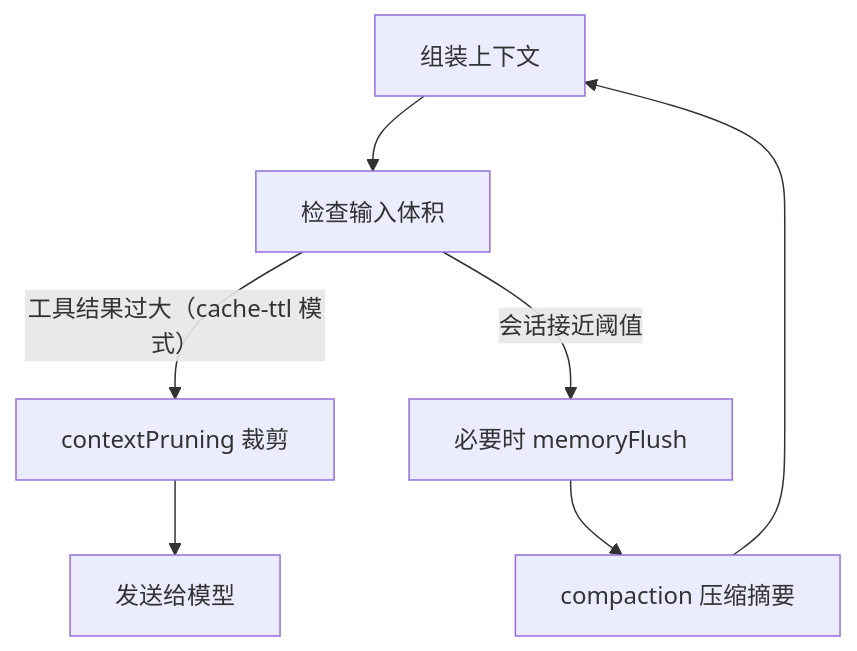
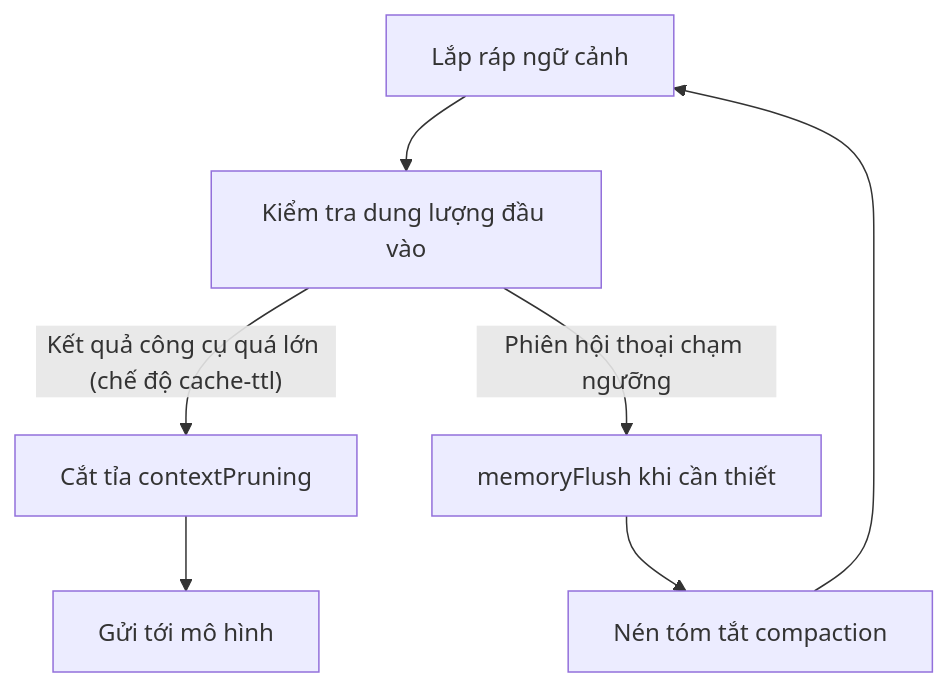
Before and after one commit to dino-edu/openclaw_guide: the diagram in 06_context_memory/6.4_compaction_pruning.md, drawn with Mermaid. The commit also changed other lines of this file and 24 other files, not shown here.

````diff
--- a/06_context_memory/6.4_compaction_pruning.md
+++ b/06_context_memory/6.4_compaction_pruning.md
@@ -25,9 +25,9 @@
 ```mermaid
 flowchart TD
-  A["组装上下文"] --> B["检查输入体积"]
-  B -->|"工具结果过大（cache-ttl 模式）"| C["contextPruning 裁剪"]
-  C --> D["发送给模型"]
-  B -->|"会话接近阈值"| E["必要时 memoryFlush"]
-  E --> F["compaction 压缩摘要"]
+  A["Lắp ráp ngữ cảnh"] --> B["Kiểm tra dung lượng đầu vào"]
+  B -->|"Kết quả công cụ quá lớn (chế độ cache-ttl)"| C["Cắt tỉa contextPruning"]
+  C --> D["Gửi tới mô hình"]
+  B -->|"Phiên hội thoại chạm ngưỡng"| E["memoryFlush khi cần thiết"]
+  E --> F["Nén tóm tắt compaction"]
   F --> A
 ```
````
